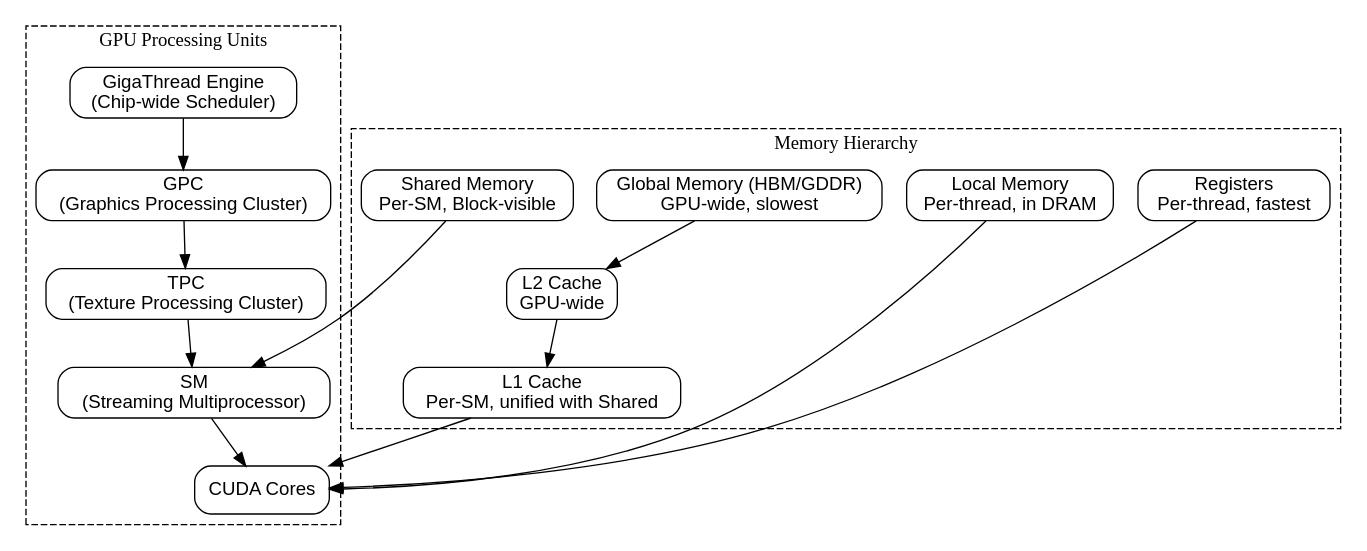
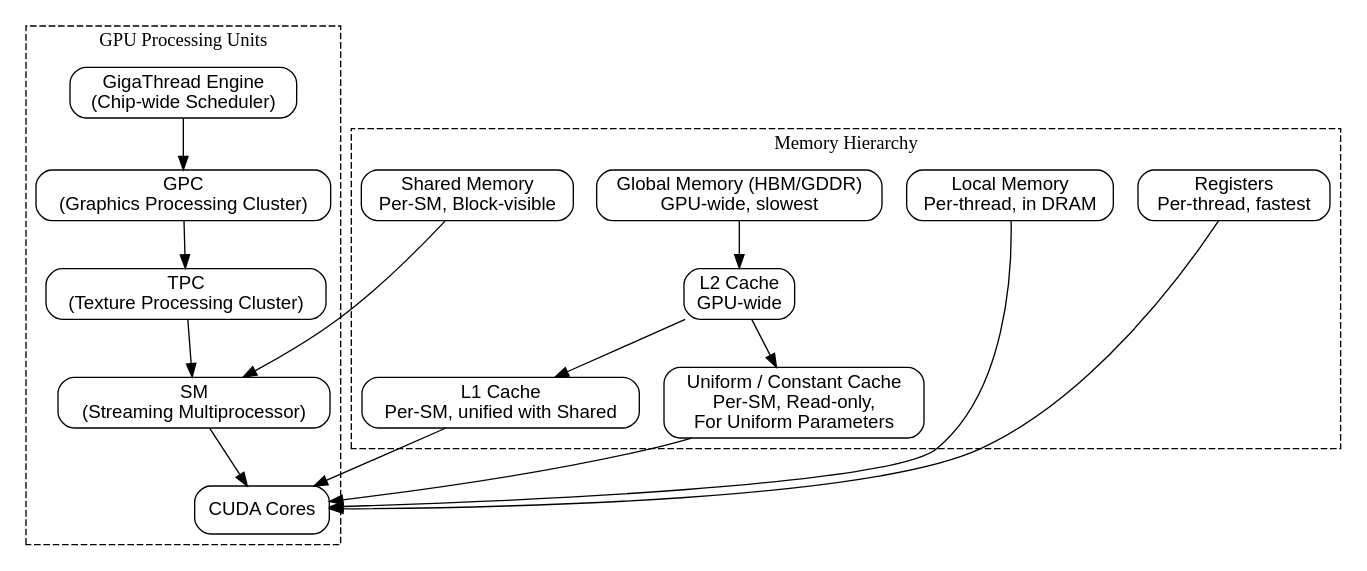
The diagram in Fig/gpu/mem-hierarchy.gv (Jonathan2251/lbd), drawn with Graphviz before and after one commit. The commit also changed 8 other files, not shown here.

Commit message:
gpu.rst: Add pc-lcd.png, in-out-rendering.gv, add 'section Background of GLSL (GL Shader Language)', add Table 'Animation Types', refine 'section Graphics HW and SW Stack', refine 'section 3D Rendering', expand 'section 3D Rendering'. Release verison 12.0.19.3

```diff
--- a/Fig/gpu/mem-hierarchy.gv
+++ b/Fig/gpu/mem-hierarchy.gv
@@ -1,41 +1,48 @@
 digraph GPU_Memory_Hierarchy {
     rankdir=TB;
     node [shape=box, style=rounded, fontname="Helvetica"];
 
     // Processing hierarchy
     GigaThread [label="GigaThread Engine\n(Chip-wide Scheduler)"];
     GPC [label="GPC\n(Graphics Processing Cluster)"];
     TPC [label="TPC\n(Texture Processing Cluster)"];
     SM [label="SM\n(Streaming Multiprocessor)"];
     Core [label="CUDA Cores"];
 
     // Memory hierarchy
     Global [label="Global Memory (HBM/GDDR)\nGPU-wide, slowest"];
     L2 [label="L2 Cache\nGPU-wide"];
     L1 [label="L1 Cache\nPer-SM, unified with Shared"];
+    Uniform [label="Uniform / Constant Cache\nPer-SM, Read-only,\nFor Uniform Parameters"];
     Shared [label="Shared Memory\nPer-SM, Block-visible"];
     Local [label="Local Memory\nPer-thread, in DRAM"];
     Reg [label="Registers\nPer-thread, fastest"];
 
     // Hierarchy connections
     GigaThread -> GPC -> TPC -> SM -> Core;
 
     // Memory hierarchy connections
-    Global -> L2 -> L1 -> Core;
+    Global -> L2;
+    L2 -> L1;
+    L2 -> Uniform;
+
+    L1 -> Core;
+    Uniform -> Core;
+
     Shared -> SM;
     Reg -> Core;
     Local -> Core;
 
     // Styling groups
     subgraph cluster_gpu {
         label="GPU Processing Units";
         style=dashed;
         GigaThread; GPC; TPC; SM; Core;
     }
 
     subgraph cluster_mem {
         label="Memory Hierarchy";
         style=dashed;
-        Global; L2; L1; Shared; Local; Reg;
+        Global; L2; L1; Uniform, Shared; Local; Reg;
     }
 }
```
